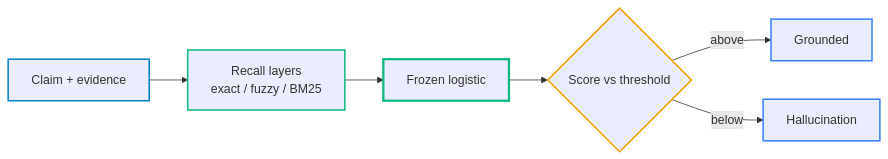
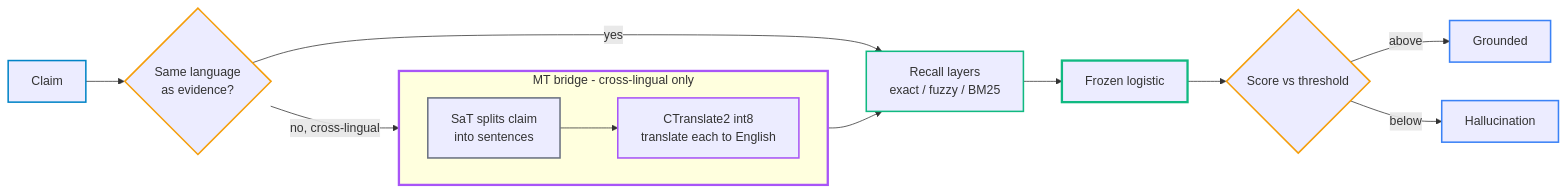
Before and after one commit to stellarshenson/groundrails: the second of 2 diagrams in README.md, drawn with Mermaid. The commit also changed other lines of this file and 26 other files, not shown here.

````diff
--- a/README.md
+++ b/README.md
@@ -44,15 +46,26 @@
 ```mermaid
 flowchart LR
-    C[Claim + evidence] --> R[Recall layers<br/>exact / fuzzy / BM25]
-    R --> M[Frozen logistic]
+    C[Claim] --> LD{Same language<br/>as evidence?}
+    LD -->|yes| REC[Recall layers<br/>exact / fuzzy / BM25]
+    LD -->|no, cross-lingual| SAT
+    subgraph MTB[MT bridge - cross-lingual only]
+        direction LR
+        SAT[SaT splits claim<br/>into sentences] --> MT[CTranslate2 int8<br/>translate each to English]
+    end
+    MT --> REC
+    REC --> M[Frozen logistic]
     M --> S{Score vs threshold}
     S -->|above| G[Grounded]
     S -->|below| H[Hallucination]
 
     style C stroke:#0284c7,stroke-width:2px
-    style R stroke:#10b981,stroke-width:2px
+    style LD stroke:#f59e0b,stroke-width:2px
+    style MTB stroke:#a855f7,stroke-width:3px
+    style SAT stroke:#6b7280,stroke-width:2px
+    style MT stroke:#a855f7,stroke-width:2px
+    style REC stroke:#10b981,stroke-width:2px
     style M stroke:#10b981,stroke-width:3px
     style S stroke:#f59e0b,stroke-width:2px
     style G stroke:#3b82f6,stroke-width:2px
     style H stroke:#3b82f6,stroke-width:2px
 ```
````
